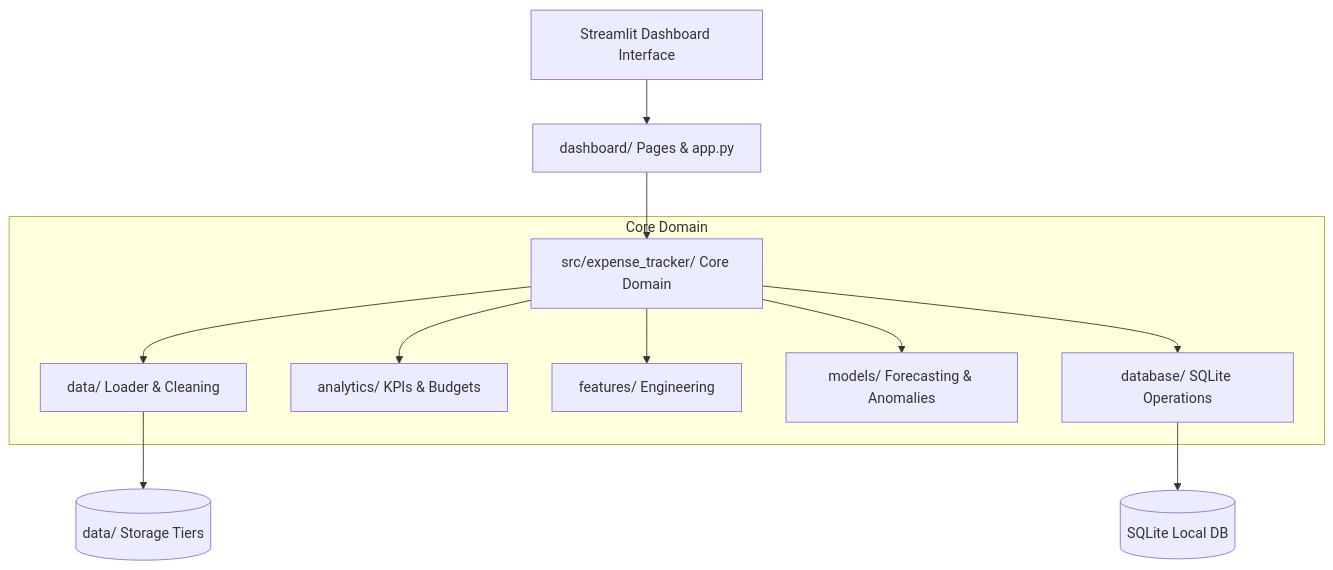
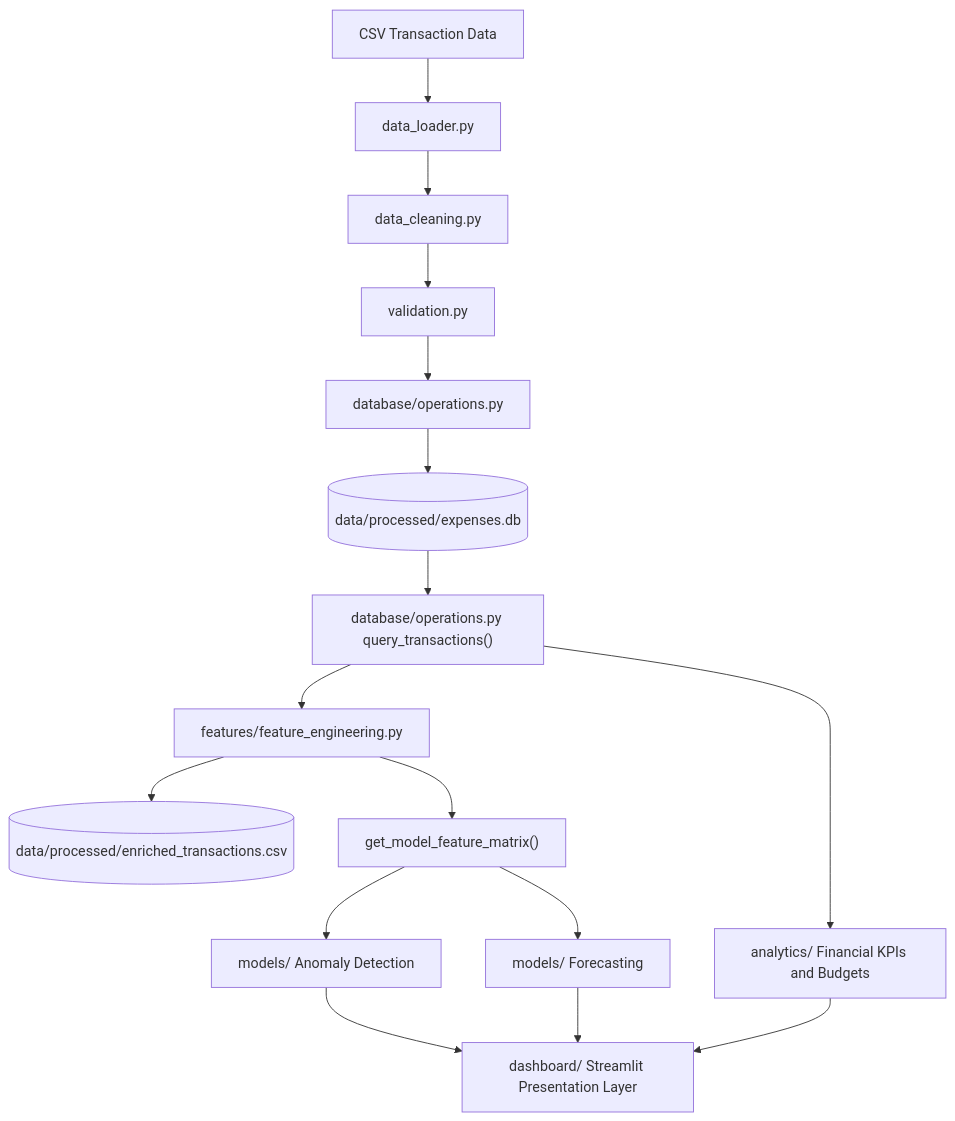
One commit to AkashDas-AI/Expense-Tracker-App-using-Data-Science changed the first of 2 diagrams in docs/ARCHITECTURE.md. Above: the diagram before and after it, drawn with Mermaid. The commit also changed other lines of this file and 12 other files, not shown here.

Commit message:
docs: consolidate architecture documentation, testing manual, and execution logs

````diff
--- a/docs/ARCHITECTURE.md
+++ b/docs/ARCHITECTURE.md
@@ -11,16 +13,21 @@
 ```mermaid
 graph TD
-    Client[Streamlit Dashboard Interface] --> Presentation[dashboard/ Pages & app.py]
-    Presentation --> Logic[src/expense_tracker/ Core Domain]
+    CSVFile["CSV Transaction Data"] --> Loader["data_loader.py"]
+    Loader --> Cleaner["data_cleaning.py"]
+    Cleaner --> Validator["validation.py"]
+    Validator --> DBManager["database/operations.py"]
+    DBManager --> SQLite[("data/processed/expenses.db")]
     
-    subgraph Core Domain
-        Logic --> DataIngest[data/ Loader & Cleaning]
-        Logic --> Analytics[analytics/ KPIs & Budgets]
-        Logic --> Features[features/ Engineering]
-        Logic --> Models[models/ Forecasting & Anomalies]
-        Logic --> Database[database/ SQLite Operations]
-    end
+    SQLite --> QueryAPI["database/operations.py query_transactions()"]
+    QueryAPI --> Features["features/feature_engineering.py"]
+    Features --> EnrichedCSV[("data/processed/enriched_transactions.csv")]
+    Features --> ModelMatrix["get_model_feature_matrix()"]
     
-    Database --> SQLite[(SQLite Local DB)]
-    DataIngest --> LocalStorage[(data/ Storage Tiers)]
+    ModelMatrix --> AnomalyEngine["models/ Anomaly Detection"]
+    ModelMatrix --> ForecastEngine["models/ Forecasting"]
+    QueryAPI --> Analytics["analytics/ Financial KPIs and Budgets"]
+    
+    Analytics --> Presentation["dashboard/ Streamlit Presentation Layer"]
+    AnomalyEngine --> Presentation
+    ForecastEngine --> Presentation
 ```
````
